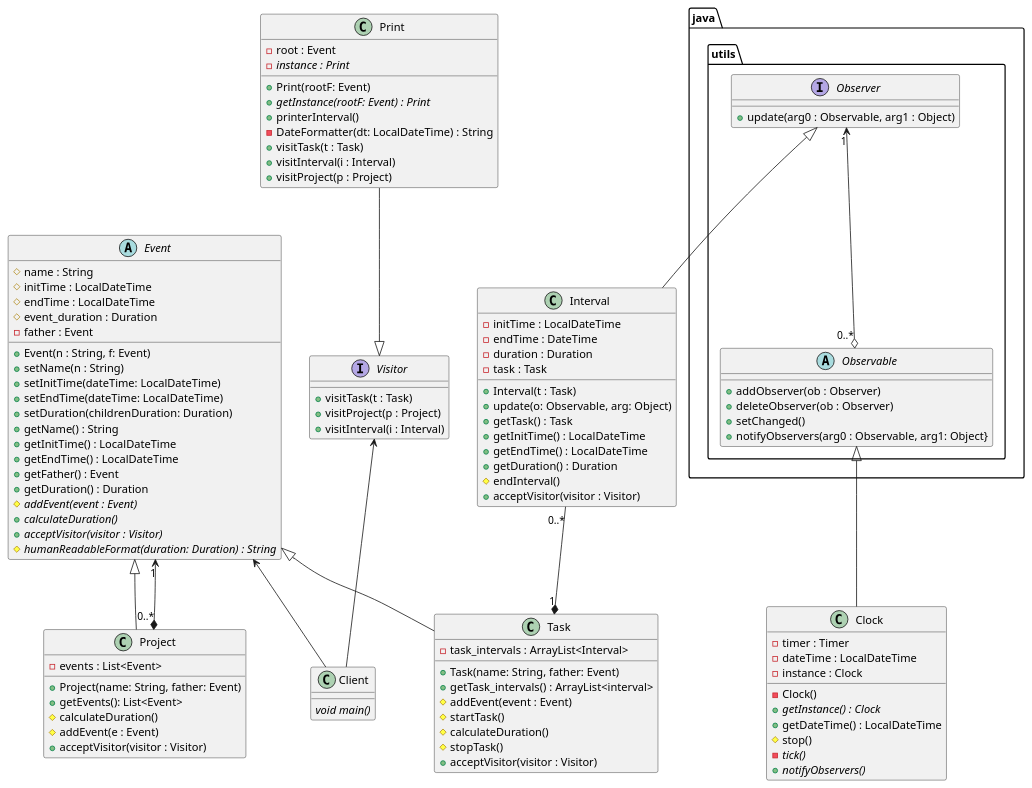
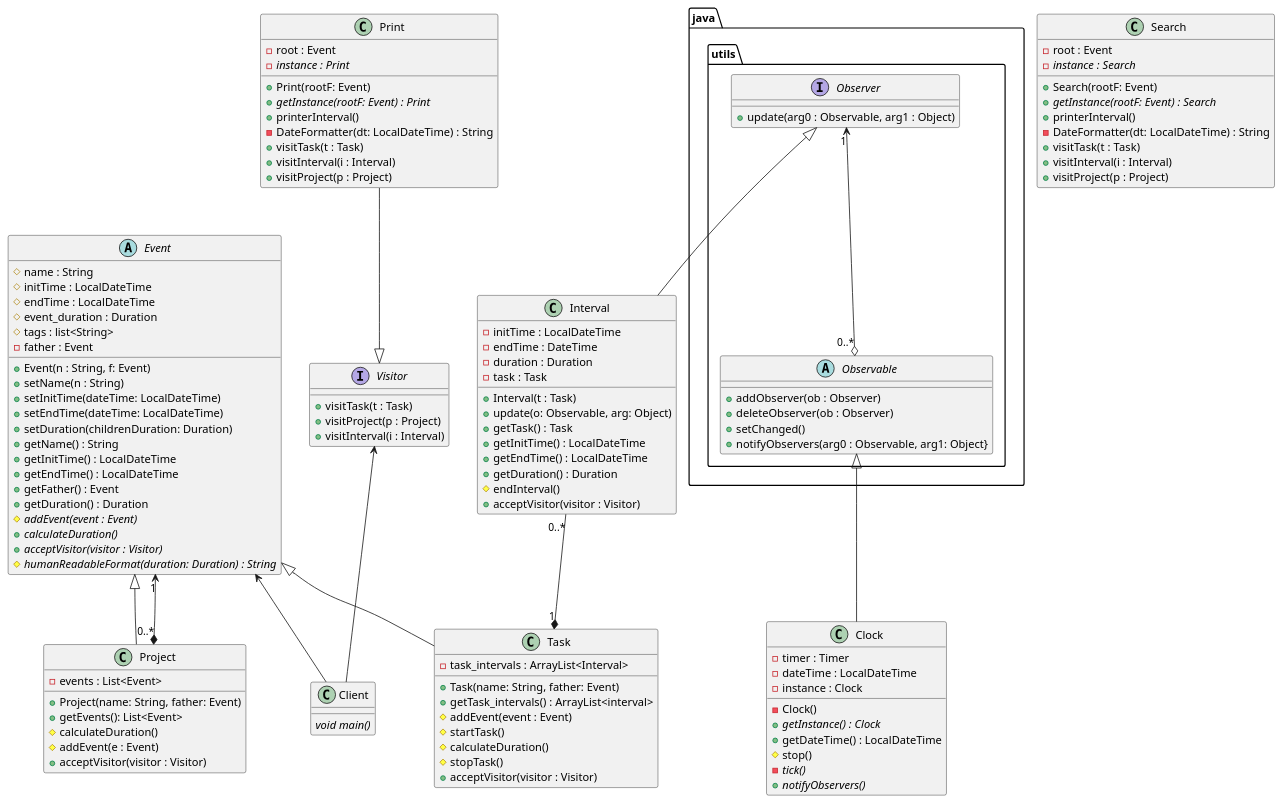
One commit to guillem-martinez/DS-Projecte changed the diagram in Class_diag.puml. Above: the diagram before and after it, drawn with PlantUML. The commit also changed 16 other files, not shown here.

```diff
--- a/Class_diag.puml
+++ b/Class_diag.puml
@@ -1,122 +1,136 @@
 @startuml
 'https://plantuml.com/class-diagram
 
 
 class Project{
 - events : List<Event>
 + Project(name: String, father: Event)
 + getEvents(): List<Event>
 # calculateDuration()
 # addEvent(e : Event)
 + acceptVisitor(visitor : Visitor)
 }
 
 class Task{
 - task_intervals : ArrayList<Interval>
 + Task(name: String, father: Event)
 + getTask_intervals() : ArrayList<interval>
 # addEvent(event : Event)
 # startTask()
 # calculateDuration()
 # stopTask()
 + acceptVisitor(visitor : Visitor)
 }
 
 abstract Event{
 # name : String
 # initTime : LocalDateTime
 # endTime : LocalDateTime
 # event_duration : Duration
+# tags : list<String>
 - father : Event
 + Event(n : String, f: Event)
 + setName(n : String)
 + setInitTime(dateTime: LocalDateTime)
 + setEndTime(dateTime: LocalDateTime)
 + setDuration(childrenDuration: Duration)
 + getName() : String
 + getInitTime() : LocalDateTime
 + getEndTime() : LocalDateTime
 + getFather() : Event
 + getDuration() : Duration
 # //addEvent(event : Event)//
 + //calculateDuration()//
 + //acceptVisitor(visitor : Visitor)//
 # //humanReadableFormat(duration: Duration) : String//
 }
 
 class Clock{
 - timer : Timer
 - dateTime : LocalDateTime
 - instance : Clock
 - Clock()
 + //getInstance() : Clock//
 + getDateTime() : LocalDateTime
 # stop()
 - //tick()//
 + //notifyObservers()//
 }
 
 class Interval{
 - initTime : LocalDateTime
 - endTime : DateTime
 - duration : Duration /'cada golpe de reloj incremento'/
 - task : Task
 + Interval(t : Task)
 + update(o: Observable, arg: Object)
 + getTask() : Task
 + getInitTime() : LocalDateTime
 + getEndTime() : LocalDateTime
 + getDuration() : Duration
 # endInterval()
 + acceptVisitor(visitor : Visitor)
 }
 
 interface Visitor{
 + visitTask(t : Task)
 + visitProject(p : Project)
 + visitInterval(i : Interval)
 }
 
 class Print{
 - root : Event
 - //instance : Print//
 + Print(rootF: Event)
 + //getInstance(rootF: Event) : Print//
 + printerInterval()
 - DateFormatter(dt: LocalDateTime) : String
 + visitTask(t : Task)
 + visitInterval(i : Interval)
 + visitProject(p : Project)
 }
 
 package "java.utils"{
 interface Observer{
 + update(arg0 : Observable, arg1 : Object)
 }
 
 abstract Observable{
 + addObserver(ob : Observer)
 + deleteObserver(ob : Observer)
 + setChanged()
 + notifyObservers(arg0 : Observable, arg1: Object}
 }
 }
 
+
 class Client{
 //void main()//
 }
 
 Event <|-- Task
 Event <|-- Project
 Event "1" <--* "0..*" Project
 Observable <|-- Clock
 Observer <|-- Interval
 Observer "1" <--o "0..*" Observable
 Interval "0..*" --*  "1" Task
 Event <-- Client
 Visitor <-- Client
 Print --|> Visitor
 
+class Search{
+- root : Event
+- //instance : Search//
++ Search(rootF: Event)
++ //getInstance(rootF: Event) : Search//
++ printerInterval()
+- DateFormatter(dt: LocalDateTime) : String
++ visitTask(t : Task)
++ visitInterval(i : Interval)
++ visitProject(p : Project)
+}
+
 
 
 @enduml
```
